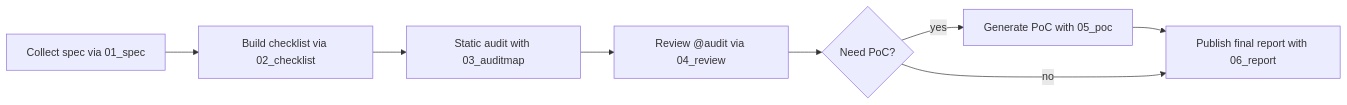
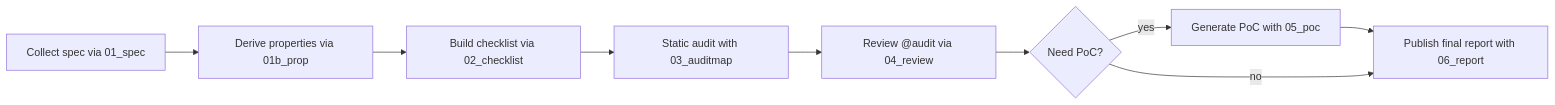
One commit to Meta-Develop/speca_for_codex changed the diagram in HACKING_GUIDELINE.md. Above: the diagram before and after it, drawn with Mermaid. The commit also changed other lines of this file and 12 other files, not shown here.

````diff
--- a/HACKING_GUIDELINE.md
+++ b/HACKING_GUIDELINE.md
@@ -5,10 +5,11 @@
 ```mermaid
 flowchart LR
-    A[Collect spec via 01_spec] --> B[Build checklist via 02_checklist]
+    A[Collect spec via 01_spec] --> AB[Derive properties via 01b_prop]
+    AB --> B[Build checklist via 02_checklist]
     B --> C[Static audit with 03_auditmap]
     C --> D[Review @audit via 04_review]
     D --> E{Need PoC?}
     E -- yes --> F[Generate PoC with 05_poc]
     F --> G[Publish final report with 06_report]
     E -- no --> G
 ```
````
